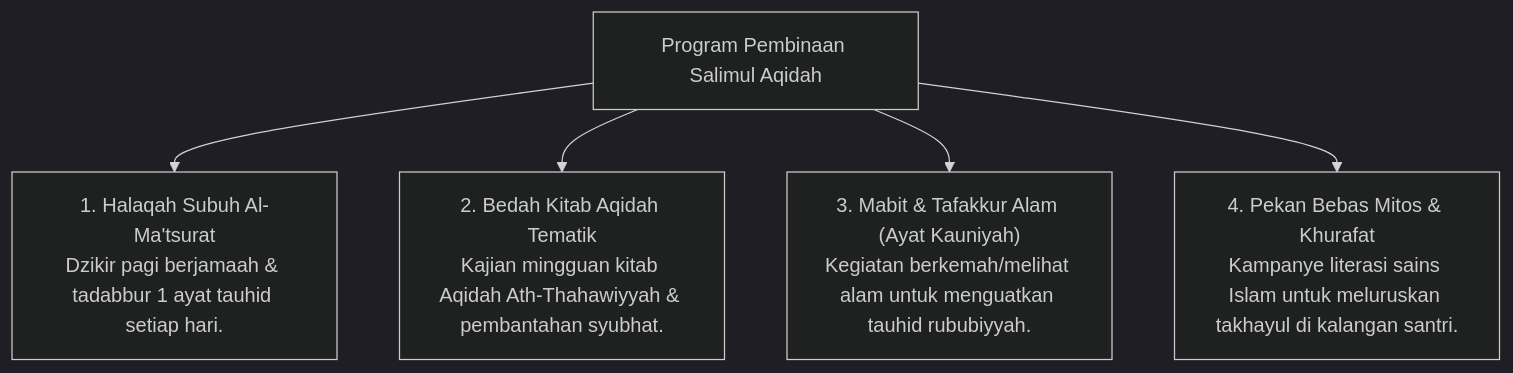
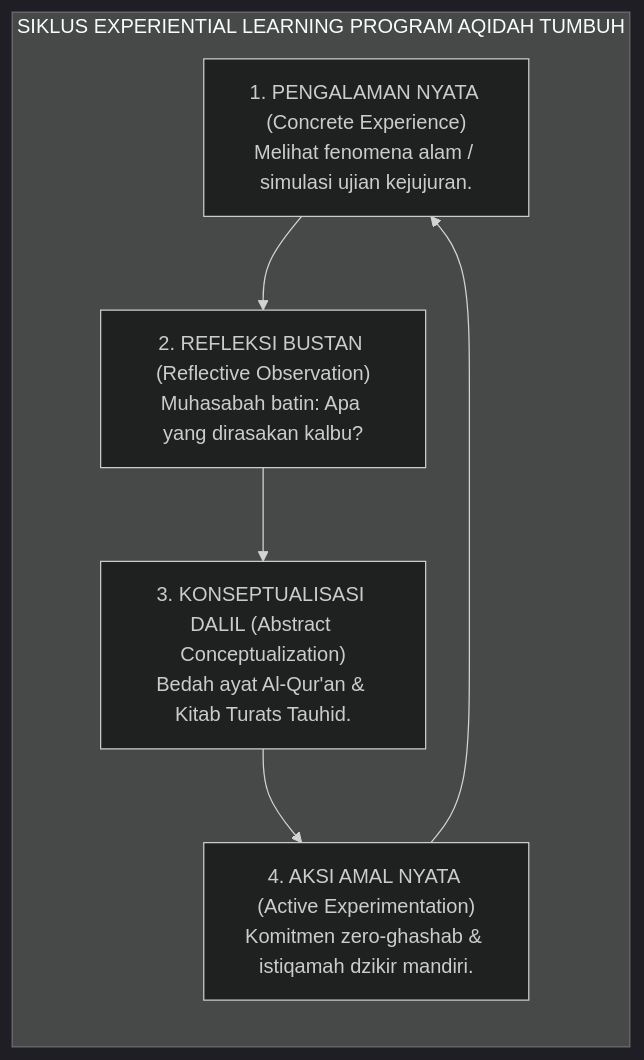
The fourth of 7 diagrams in 03 Capacity Framework/04 Salimul Aqidah/P3-04-11-Program-Pembinaan-dan-Halaqah.md (wandiapriliyandi/tumbuh), drawn with Mermaid (dark theme) before and after one commit. The commit also changed other lines of this file and 7 other files, not shown here.

Commit message:
feat(capacity-framework): complete 14 research monographs and master synthesis for Domain 04 Salimul Aqidah (Status A+)

````diff
--- a/03 Capacity Framework/04 Salimul Aqidah/P3-04-11-Program-Pembinaan-dan-Halaqah.md
+++ b/03 Capacity Framework/04 Salimul Aqidah/P3-04-11-Program-Pembinaan-dan-Halaqah.md
@@ -10,9 +131,14 @@
 ```mermaid
-graph TD
-    Program["Program Pembinaan Salimul Aqidah"]
-    
-    Program --> P1["1. Halaqah Subuh Al-Ma'tsurat<br/>Dzikir pagi berjamaah & tadabbur 1 ayat tauhid setiap hari."]
-    Program --> P2["2. Bedah Kitab Aqidah Tematik<br/>Kajian mingguan kitab Aqidah Ath-Thahawiyyah & pembantahan syubhat."]
-    Program --> P3["3. Mabit & Tafakkur Alam (Ayat Kauniyah)<br/>Kegiatan berkemah/melihat alam untuk menguatkan tauhid rububiyyah."]
-    Program --> P4["4. Pekan Bebas Mitos & Khurafat<br/>Kampanye literasi sains Islam untuk meluruskan takhayul di kalangan santri."]
+flowchart LR
+    subgraph SiklusKolbProgramAqidah["SIKLUS EXPERIENTIAL LEARNING PROGRAM AQIDAH TUMBUH"]
+        CE["1. PENGALAMAN NYATA (Concrete Experience)<br/>Melihat fenomena alam / simulasi ujian kejujuran."]
+        
+        RO["2. REFLEKSI BUSTAN (Reflective Observation)<br/>Muhasabah batin: Apa yang dirasakan kalbu?"]
+        
+        AC["3. KONSEPTUALISASI DALIL (Abstract Conceptualization)<br/>Bedah ayat Al-Qur'an & Kitab Turats Tauhid."]
+        
+        AE["4. AKSI AMAL NYATA (Active Experimentation)<br/>Komitmen zero-ghashab & istiqamah dzikir mandiri."]
+        
+        CE --> RO --> AC --> AE --> CE
+    end
 ```
````
